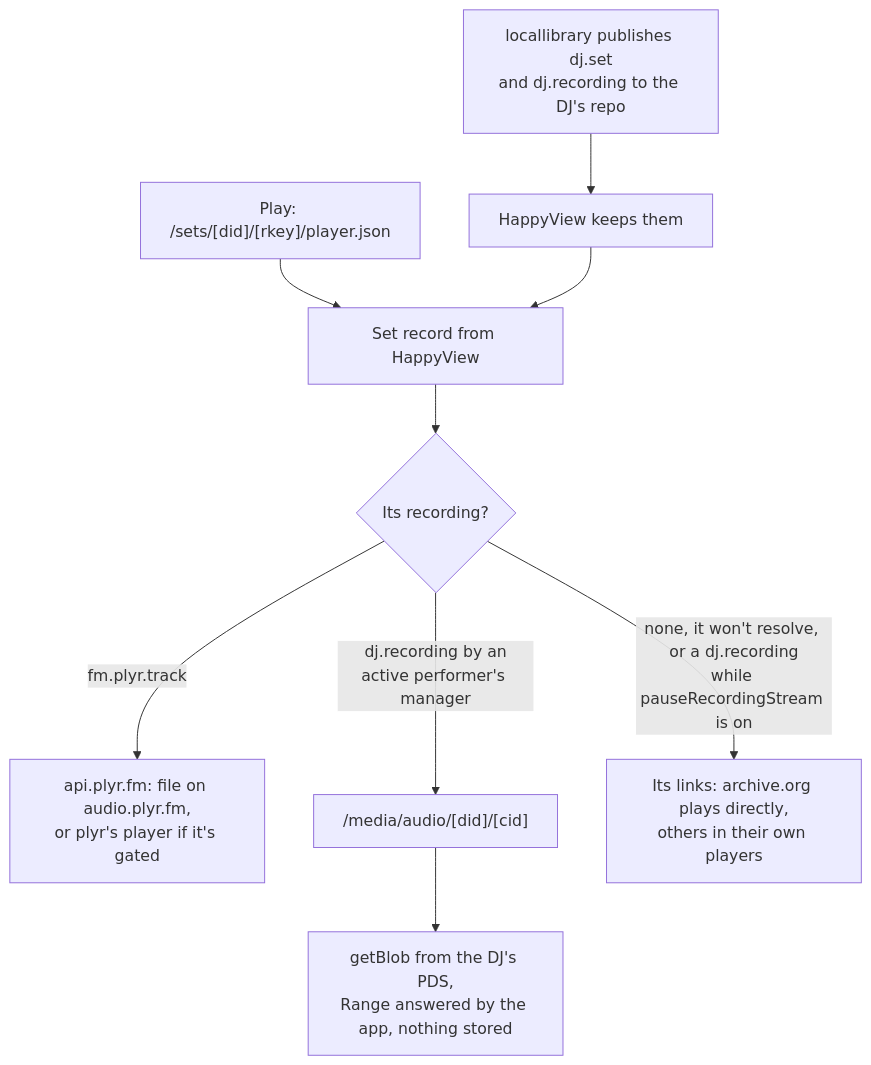
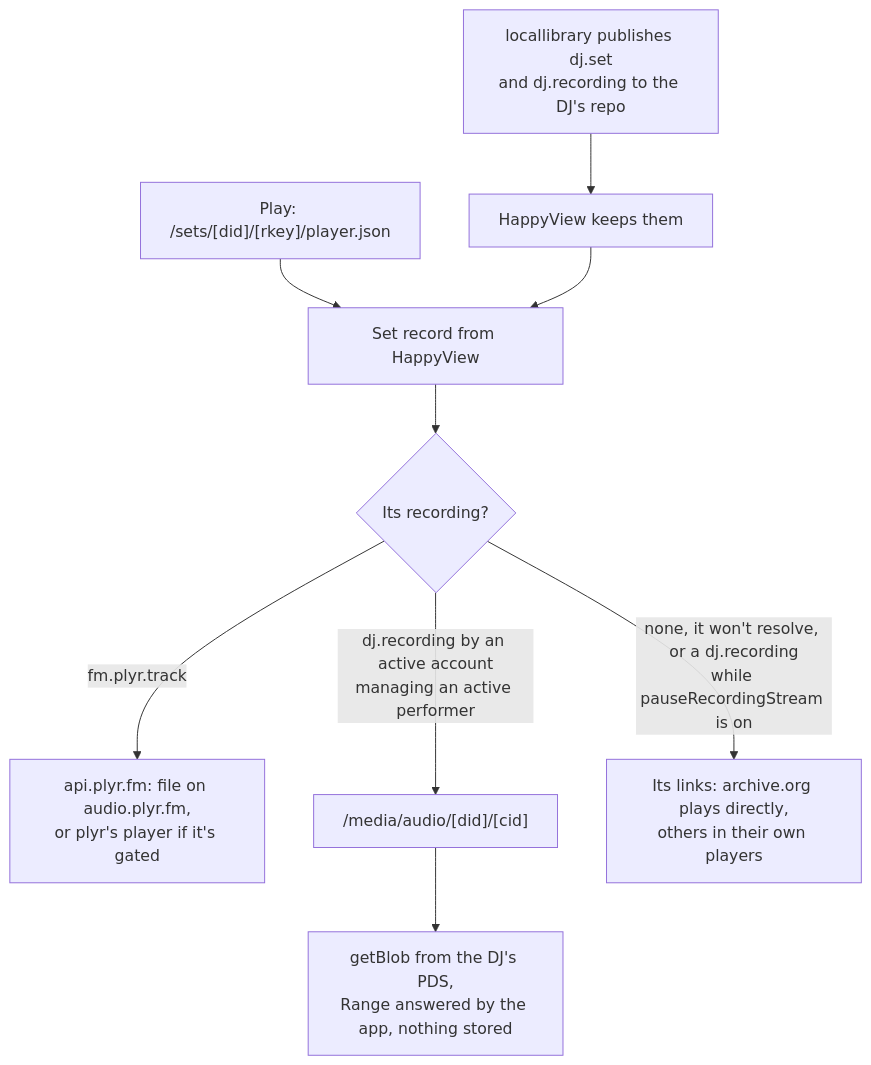
Before and after one commit to cutenode/localnetwork: the fourth of 6 diagrams in apps/web/docs/diagrams/mixes-and-sets.md, drawn with Mermaid. The commit also changed other lines of this file and 41 other files, not shown here.

````diff
--- a/apps/web/docs/diagrams/mixes-and-sets.md
+++ b/apps/web/docs/diagrams/mixes-and-sets.md
@@ -78,11 +78,11 @@
 ```mermaid
 flowchart TD
   Publish["locallibrary publishes dj.set<br/>and dj.recording to the DJ's repo"] --> HV["HappyView keeps them"]
   Play["Play: /sets/[did]/[rkey]/player.json"] --> Set["Set record from HappyView"]
   HV --> Set
   Set --> Recording{"Its recording?"}
   Recording -- "fm.plyr.track" --> Plyr["api.plyr.fm: file on audio.plyr.fm,<br/>or plyr's player if it's gated"]
-  Recording -- "dj.recording by an<br/>active performer's manager" --> Stream["/media/audio/[did]/[cid]"]
+  Recording -- "dj.recording by an active account<br/>managing an active performer" --> Stream["/media/audio/[did]/[cid]"]
   Recording -- "none, it won't resolve, or a dj.recording<br/>while pauseRecordingStream is on" --> Links["Its links: archive.org plays directly,<br/>others in their own players"]
   Stream --> Blob["getBlob from the DJ's PDS,<br/>Range answered by the app, nothing stored"]
 ```
````
